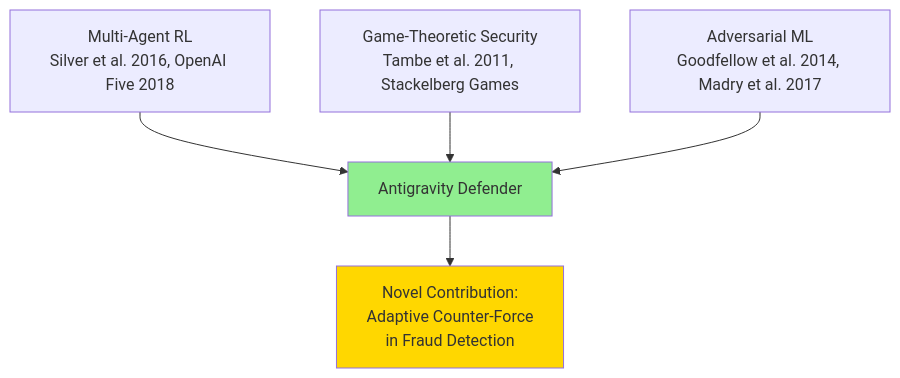
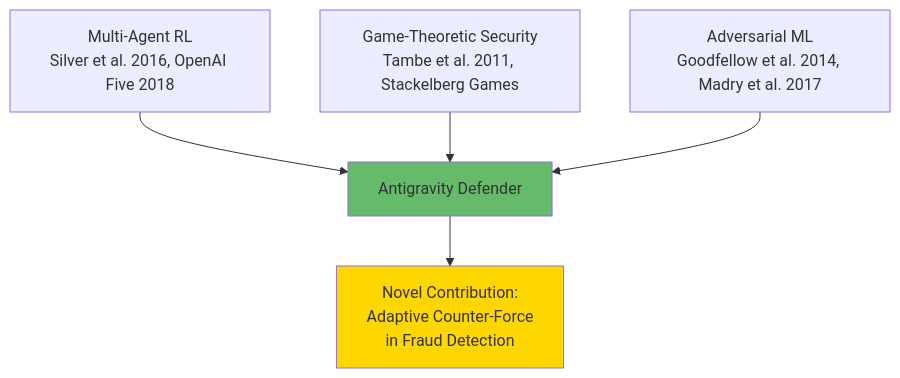
Before and after one commit to HelloCol2/markov-fraud-antigravity: the second of 14 diagrams in README.md, drawn with Mermaid. The commit also changed other lines of this file, not shown here.

````diff
--- a/README.md
+++ b/README.md
@@ -84,11 +85,11 @@
 ```mermaid
 graph TB
     A[Multi-Agent RL<br/>Silver et al. 2016, OpenAI Five 2018] --> D[Antigravity Defender]
     B[Game-Theoretic Security<br/>Tambe et al. 2011, Stackelberg Games] --> D
     C[Adversarial ML<br/>Goodfellow et al. 2014, Madry et al. 2017] --> D
     
     D --> E[Novel Contribution:<br/>Adaptive Counter-Force<br/>in Fraud Detection]
     
-    style D fill:#90EE90
-    style E fill:#FFD700
+    style D fill:#66bb6a
+    style E fill:#ffd700
 ```
````
